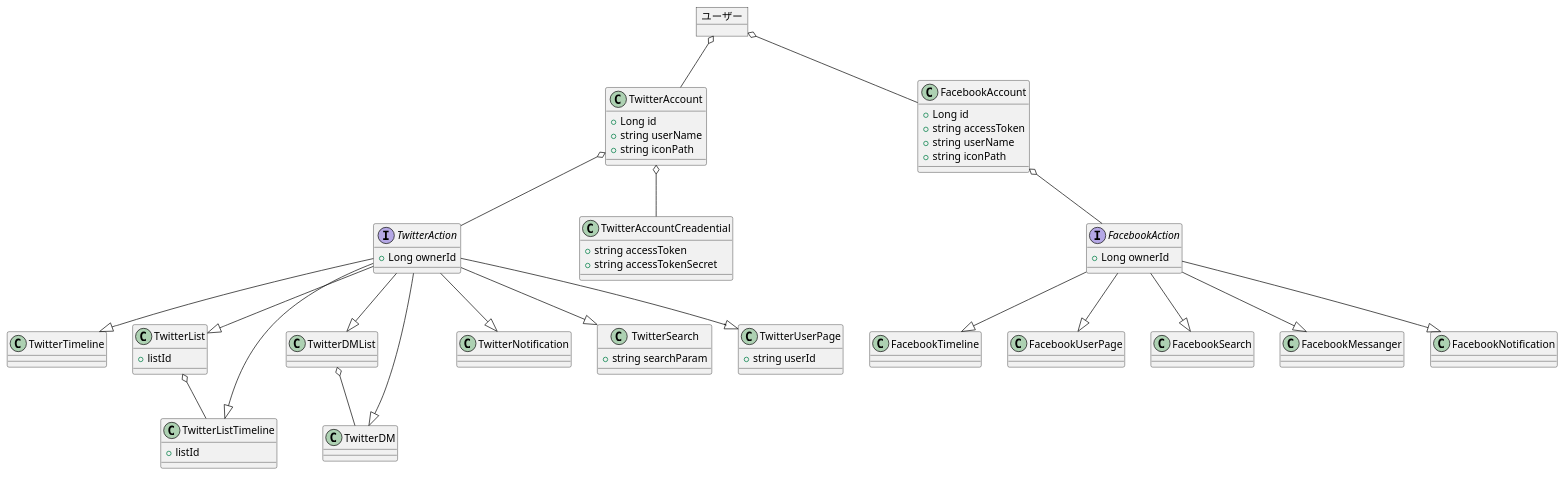
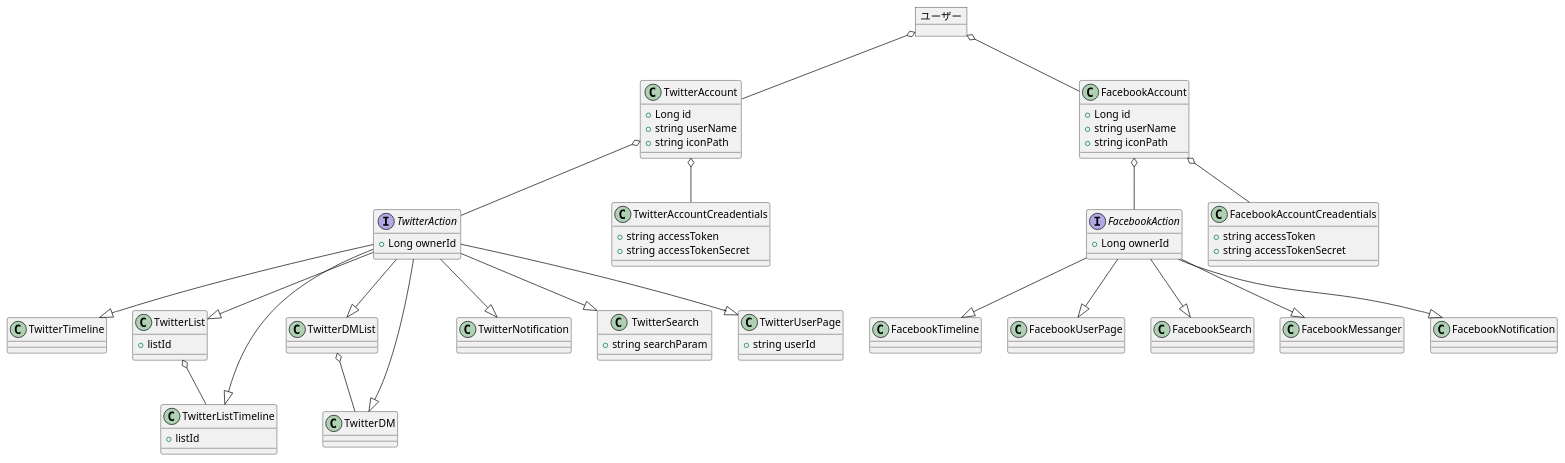
One commit to k42un0k0/k42un0k0snsdeck changed the diagram in doc/domain.pu. Above: the diagram before and after it, drawn with PlantUML. The commit also changed 6 other files, not shown here.

```diff
--- a/doc/domain.pu
+++ b/doc/domain.pu
@@ -1,89 +1,94 @@
 @startuml ドメインモデル
 
 object ユーザー
 interface TwitterAction {
     + Long ownerId
 }
 interface FacebookAction {
     + Long ownerId
 }
 
 class TwitterAccount {
     + Long id
     + string userName
     + string iconPath
 }
 
-class TwitterAccountCreadential{
+class TwitterAccountCreadentials{
     + string accessToken
     + string accessTokenSecret
 }
 
 class TwitterTimeline {
 
 }
 class TwitterList {
     + listId
 }
 class TwitterListTimeline {
     + listId
 }
 class TwitterDMList {
 
 }
 class TwitterDM {
 
 }
 class TwitterNotification {
 
 }
 class TwitterSearch {
     + string searchParam
 }
 class TwitterUserPage {
     + string userId
 }
 class FacebookAccount {
     + Long id
-    + string accessToken
     + string userName
     + string iconPath
+}
+
+class FacebookAccountCreadentials{
+    + string accessToken
+    + string accessTokenSecret
 }
 class FacebookTimeline {
 
 }
 class FacebookUserPage {
 
 }
 class FacebookSearch {
 
 }
 class FacebookMessanger {
 
 }
 class FacebookNotification {
 
 }
 
 ユーザー o-- TwitterAccount
 ユーザー o-- FacebookAccount
 TwitterAccount o-- TwitterAction
-TwitterAccount o-- TwitterAccountCreadential
+TwitterAccount o-- TwitterAccountCreadentials
 TwitterAction --|> TwitterTimeline
 TwitterAction --|> TwitterList
 TwitterAction --|> TwitterListTimeline
 TwitterList o-- TwitterListTimeline
 TwitterAction --|> TwitterDMList
 TwitterAction --|> TwitterDM
 TwitterDMList o-- TwitterDM
 TwitterAction --|> TwitterNotification
 TwitterAction --|> TwitterSearch
 TwitterAction --|> TwitterUserPage
 FacebookAccount o-- FacebookAction
+FacebookAccount o-- FacebookAccountCreadentials
 FacebookAction --|> FacebookTimeline
 FacebookAction --|> FacebookMessanger
 FacebookAction --|> FacebookNotification
 FacebookAction --|> FacebookSearch
 FacebookAction --|> FacebookUserPage
 
 @enduml
```
